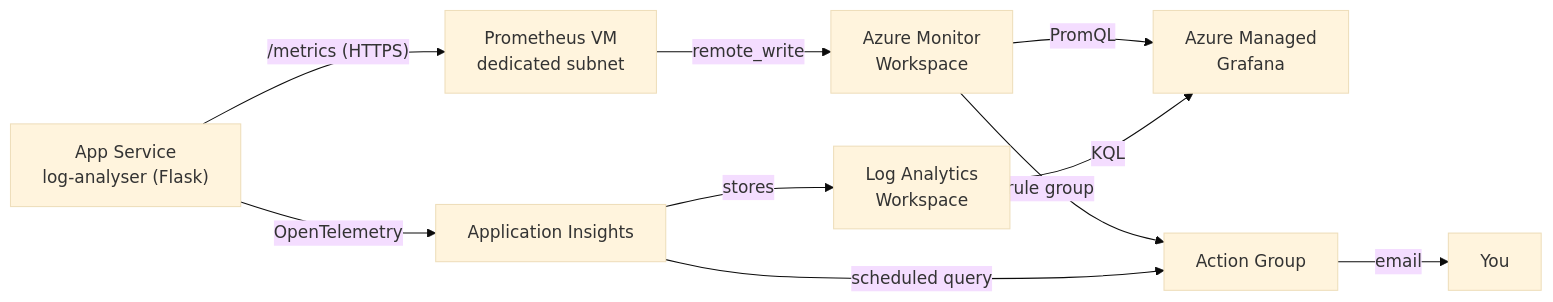
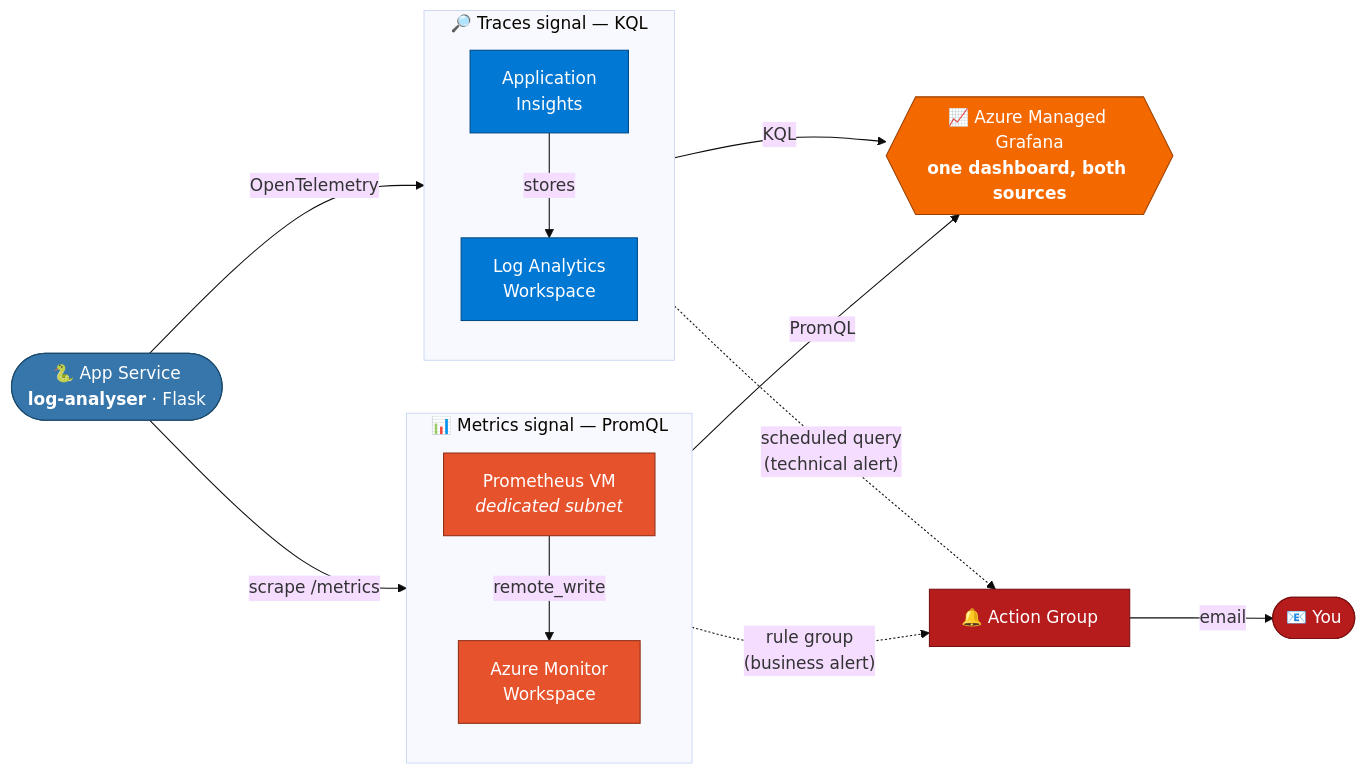
One commit to WhiteMuush/simplon-prometheus-grafana-tp changed the diagram in README.md. Above: the diagram before and after it, drawn with Mermaid (base theme).

Commit message:
chore(readme): enhanced architecture schema

````diff
--- a/README.md
+++ b/README.md
@@ -49,20 +49,44 @@
 ```mermaid
 flowchart LR
-    APP["App Service<br/>log-analyser (Flask)"]
-    VM["Prometheus VM<br/>dedicated subnet"]
-    AMW["Azure Monitor<br/>Workspace"]
-    APPI["Application Insights"]
-    LAW["Log Analytics<br/>Workspace"]
-    GRAF["Azure Managed<br/>Grafana"]
-    AG["Action Group"]
+    APP(["🐍 App Service<br/><b>log-analyser</b> · Flask"])
 
-    APP -- "/metrics (HTTPS)" --> VM
-    VM -- "remote_write" --> AMW
+    subgraph METRICS ["📊 Metrics signal — PromQL"]
+        direction TB
+        VM["Prometheus VM<br/><i>dedicated subnet</i>"]
+        AMW["Azure Monitor<br/>Workspace"]
+        VM -- "remote_write" --> AMW
+    end
+
+    subgraph TRACES ["🔎 Traces signal — KQL"]
+        direction TB
+        APPI["Application<br/>Insights"]
+        LAW["Log Analytics<br/>Workspace"]
+        APPI -- "stores" --> LAW
+    end
+
+    GRAF{{"📈 Azure Managed Grafana<br/><b>one dashboard, both sources</b>"}}
+    AG["🔔 Action Group"]
+    USER(["📧 You"])
+
+    APP -- "scrape /metrics" --> VM
     APP -- "OpenTelemetry" --> APPI
-    APPI -- "stores" --> LAW
+
     AMW -- "PromQL" --> GRAF
     LAW -- "KQL" --> GRAF
-    AMW -- "rule group" --> AG
-    APPI -- "scheduled query" --> AG
-    AG -- "email" --> USER["You"]
+
+    AMW -. "rule group<br/>(business alert)" .-> AG
+    APPI -. "scheduled query<br/>(technical alert)" .-> AG
+    AG -- "email" --> USER
+
+    classDef source fill:#3776AB,stroke:#1b4a6b,color:#fff
+    classDef metric fill:#E6522C,stroke:#8f2f15,color:#fff
+    classDef trace fill:#0078D4,stroke:#004a85,color:#fff
+    classDef viz fill:#F46800,stroke:#9c4200,color:#fff
+    classDef alert fill:#B71C1C,stroke:#7a1010,color:#fff
+
+    class APP source
+    class VM,AMW metric
+    class APPI,LAW trace
+    class GRAF viz
+    class AG,USER alert
 ```
````
